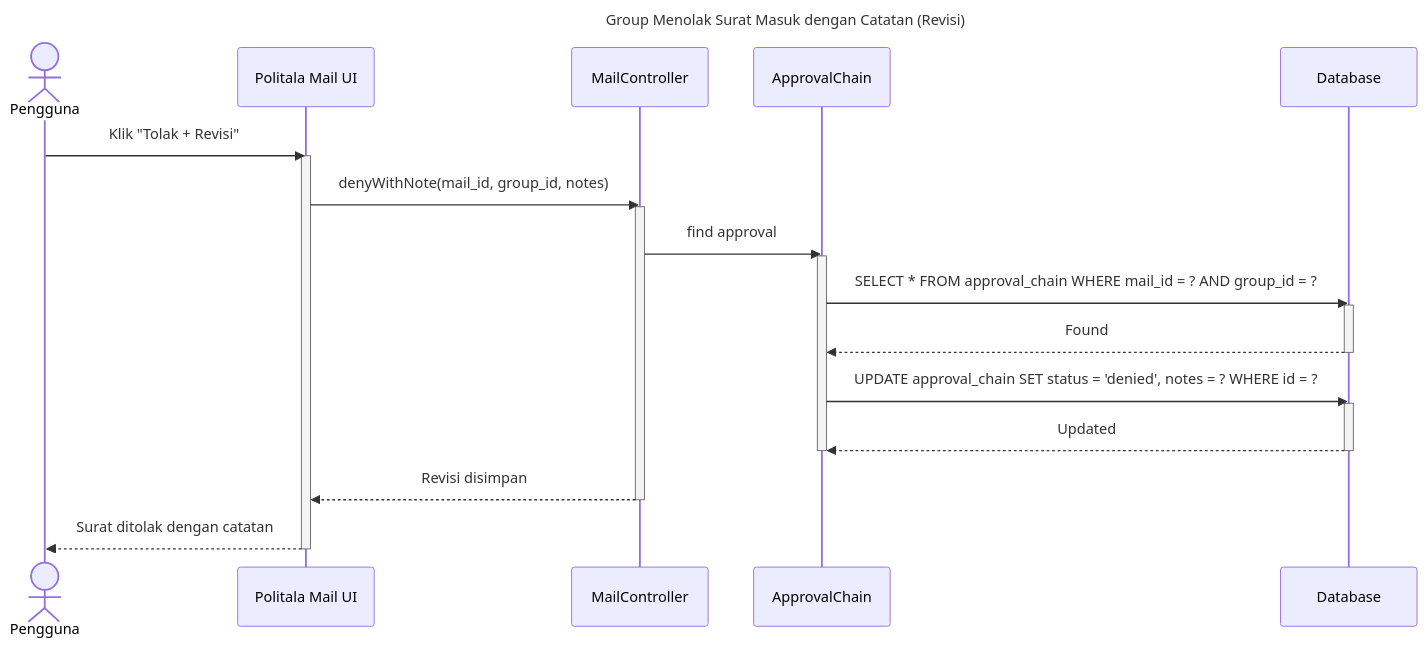
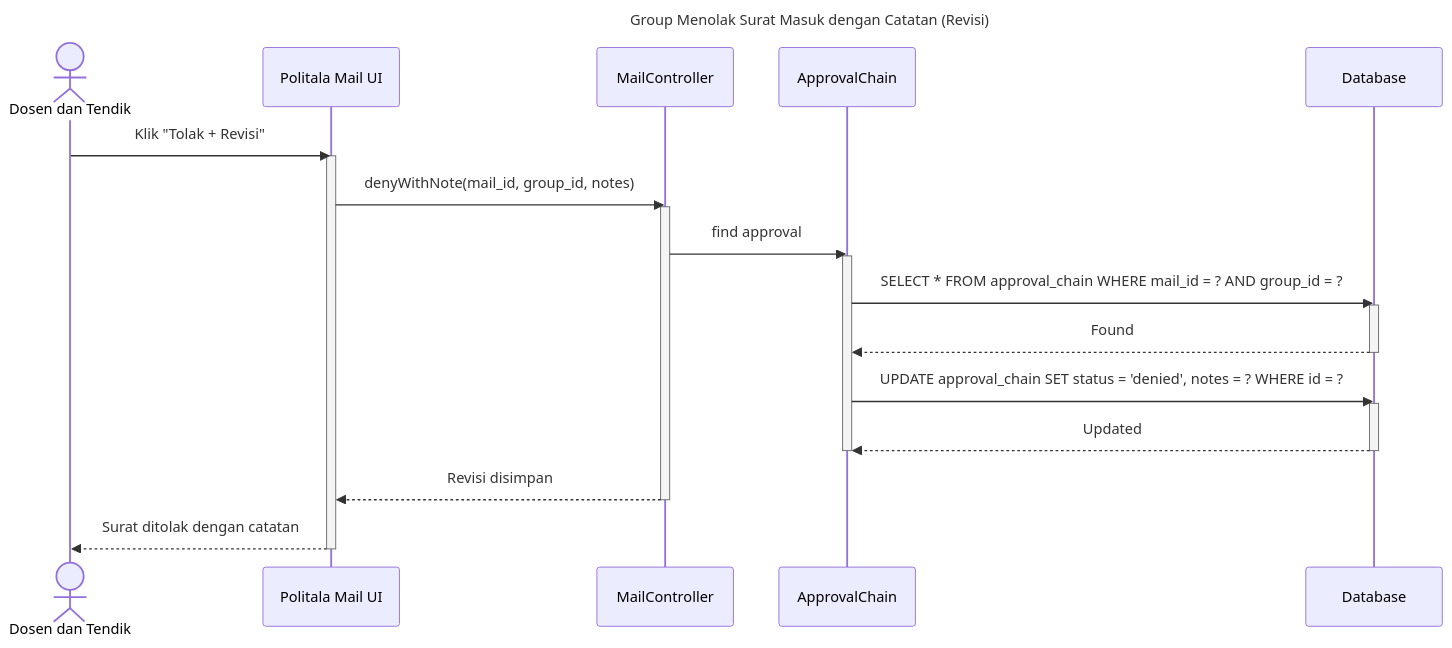
The diagram in Manage Surat Masuk/revisi.md (davidhadinugroho24601/UML-politala-mail), drawn with Mermaid before and after one commit. The commit also changed 9 other files, not shown here.

````diff
--- a/Manage Surat Masuk/revisi.md
+++ b/Manage Surat Masuk/revisi.md
@@ -1,36 +1,36 @@
 ```mermaid
 
 sequenceDiagram
     title Group Menolak Surat Masuk dengan Catatan (Revisi)
 
-    actor Pengguna
+    actor Dosen dan Tendik
     participant FilamentUI as Politala Mail UI
     participant MailController
     participant ApprovalModel as ApprovalChain
     participant DB as Database
 
-    Pengguna ->> FilamentUI: Klik "Tolak + Revisi"
+    Dosen dan Tendik ->> FilamentUI: Klik "Tolak + Revisi"
     activate FilamentUI
     FilamentUI ->> MailController: denyWithNote(mail_id, group_id, notes)
     activate MailController
 
     MailController ->> ApprovalModel: find approval
     activate ApprovalModel
     ApprovalModel ->> DB: SELECT * FROM approval_chain WHERE mail_id = ? AND group_id = ?
     activate DB
     DB -->> ApprovalModel: Found
     deactivate DB
 
     ApprovalModel ->> DB: UPDATE approval_chain SET status = 'denied', notes = ? WHERE id = ?
     activate DB
     DB -->> ApprovalModel: Updated
     deactivate DB
     deactivate ApprovalModel
 
     MailController -->> FilamentUI: Revisi disimpan
     deactivate MailController
-    FilamentUI -->> Pengguna: Surat ditolak dengan catatan
+    FilamentUI -->> Dosen dan Tendik: Surat ditolak dengan catatan
     deactivate FilamentUI
 
 
 ```
````
